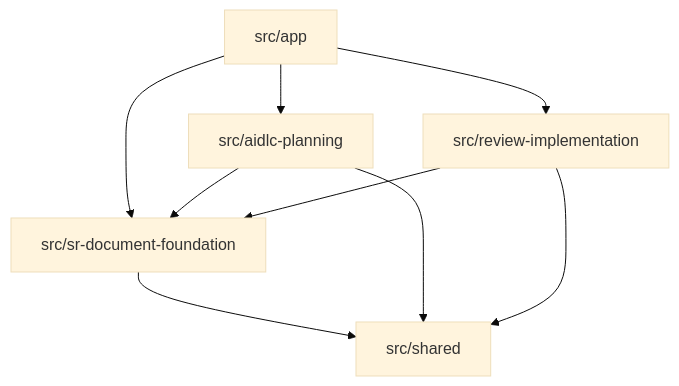
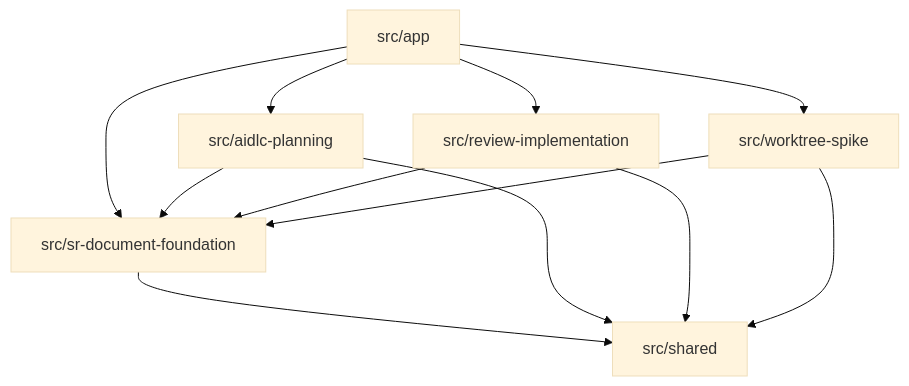
One commit to maruachi/planrepo-ddthon changed the diagram in aidlc-docs/inception/reverse-engineering/code-structure.md. Above: the diagram before and after it, drawn with Mermaid (base theme). The commit also changed other lines of this file and 138 other files, not shown here.

````diff
--- a/aidlc-docs/inception/reverse-engineering/code-structure.md
+++ b/aidlc-docs/inception/reverse-engineering/code-structure.md
@@ -14,16 +14,20 @@
 ```mermaid
 flowchart TB
     App[src/app]
     Shared[src/shared]
     Foundation[src/sr-document-foundation]
     Planning[src/aidlc-planning]
     Review[src/review-implementation]
+    Worktree[src/worktree-spike]
     App --> Foundation
     App --> Planning
     App --> Review
+    App --> Worktree
     Foundation --> Shared
     Planning --> Shared
     Planning --> Foundation
     Review --> Shared
     Review --> Foundation
+    Worktree --> Shared
+    Worktree --> Foundation
 ```
````
